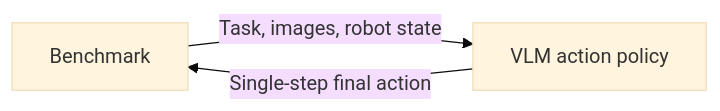
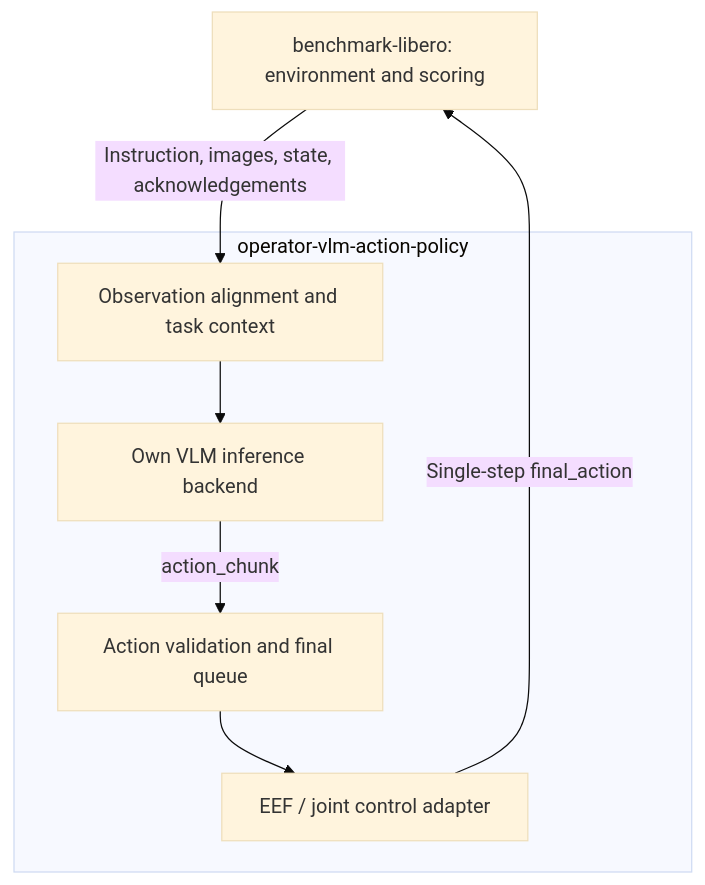
One commit to PhyAgentOS/operator-vlm-action-policy changed the first of 4 diagrams in docs/DESIGN.md. Above: the diagram before and after it, drawn with Mermaid (base theme). The commit also changed other lines of this file and 3 other files, not shown here.

Commit message:
Clarify policy architecture and observation-to-action dataflow

````diff
--- a/docs/DESIGN.md
+++ b/docs/DESIGN.md
@@ -13,5 +15,11 @@
 ```mermaid
-flowchart LR
-    benchmark["Benchmark"] -->|"Task, images, robot state"| vlm["VLM action policy"]
-    vlm -->|"Single-step final action"| benchmark
+flowchart TB
+    benchmark["benchmark-libero: environment and scoring"]
+    subgraph policyNode["operator-vlm-action-policy"]
+        observation["Observation alignment and task context"] --> model["Own VLM inference backend"]
+        model -->|"action_chunk"| queue["Action validation and final queue"]
+        queue --> adapter["EEF / joint control adapter"]
+    end
+    benchmark -->|"Instruction, images, state, acknowledgements"| observation
+    adapter -->|"Single-step final_action"| benchmark
 ```
````
